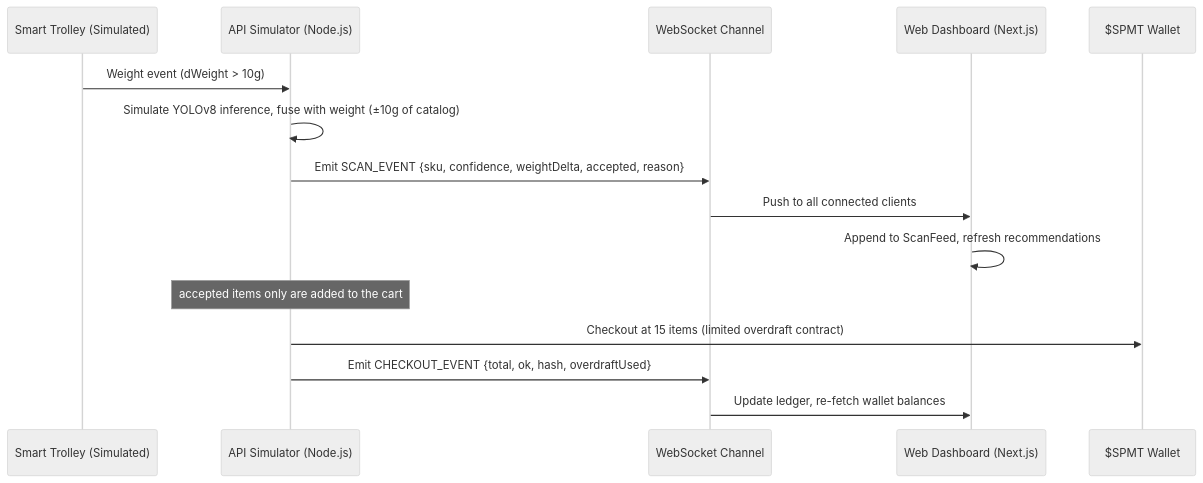
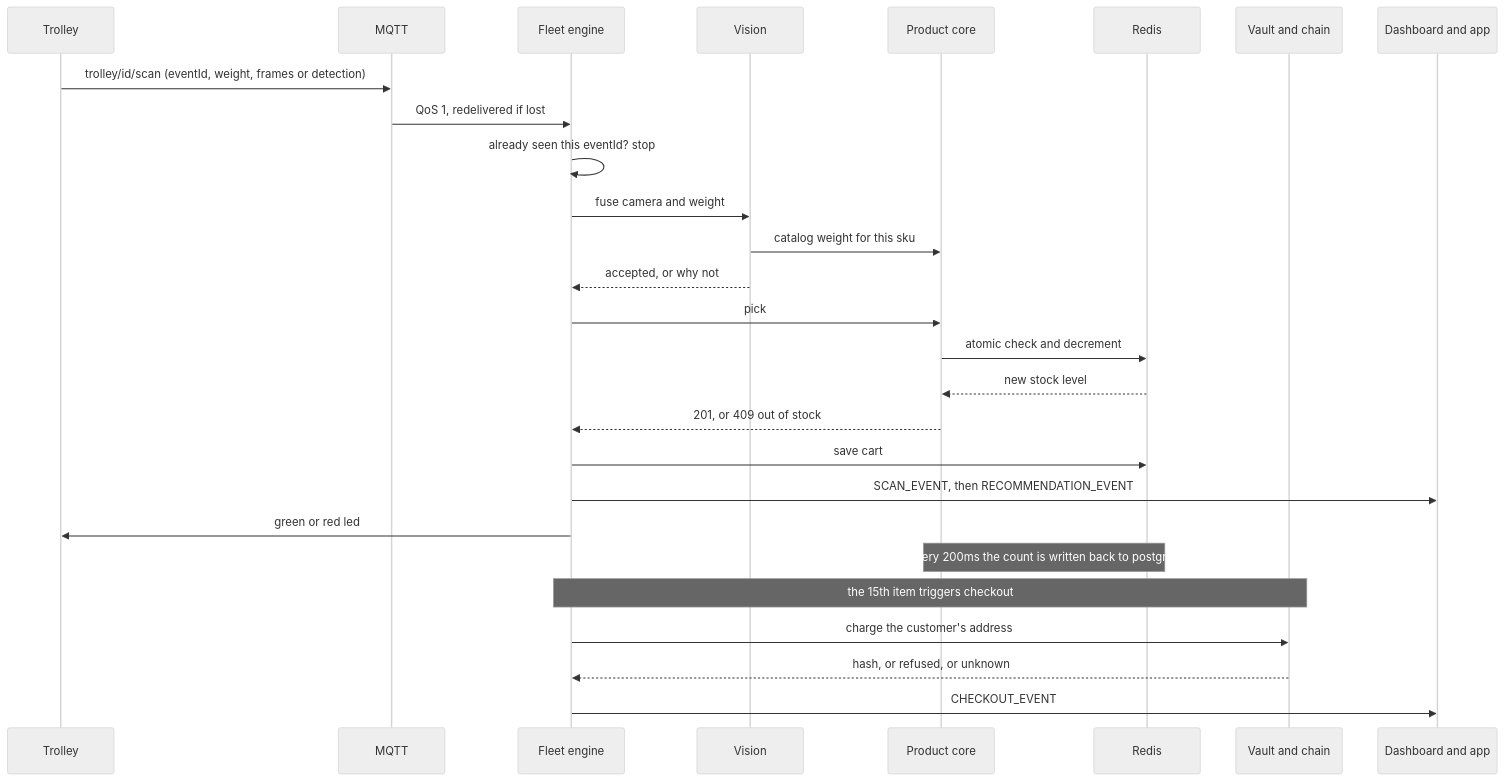
The second of 3 diagrams in docs/architecture.md (arun0786-co/automated-supermarket-ecosystem), drawn with Mermaid (neutral theme) before and after one commit. The commit also changed other lines of this file and 9 other files, not shown here.

````diff
--- a/docs/architecture.md
+++ b/docs/architecture.md
@@ -10,18 +30,30 @@
 ```mermaid
 sequenceDiagram
-    participant Trolley as Smart Trolley (Simulated)
-    participant Backend as API Simulator (Node.js)
-    participant WS as WebSocket Channel
-    participant Dashboard as Web Dashboard (Next.js)
-    participant Wallet as $SPMT Wallet
+    participant T as Trolley
+    participant M as MQTT
+    participant F as Fleet engine
+    participant V as Vision
+    participant P as Product core
+    participant R as Redis
+    participant C as Vault and chain
+    participant D as Dashboard and app
 
-    Trolley->>Backend: Weight event (dWeight > 10g)
-    Backend->>Backend: Simulate YOLOv8 inference, fuse with weight (±10g of catalog)
-    Backend->>WS: Emit SCAN_EVENT {sku, confidence, weightDelta, accepted, reason}
-    WS->>Dashboard: Push to all connected clients
-    Dashboard->>Dashboard: Append to ScanFeed, refresh recommendations
-    Note over Backend: accepted items only are added to the cart
-    Backend->>Wallet: Checkout at 15 items (limited overdraft contract)
-    Backend->>WS: Emit CHECKOUT_EVENT {total, ok, hash, overdraftUsed}
-    WS->>Dashboard: Update ledger, re-fetch wallet balances
+    T->>M: trolley/id/scan (eventId, weight, frames or detection)
+    M->>F: QoS 1, redelivered if lost
+    F->>F: already seen this eventId? stop
+    F->>V: fuse camera and weight
+    V->>P: catalog weight for this sku
+    V-->>F: accepted, or why not
+    F->>P: pick
+    P->>R: atomic check and decrement
+    R-->>P: new stock level
+    P-->>F: 201, or 409 out of stock
+    F->>R: save cart
+    F->>D: SCAN_EVENT, then RECOMMENDATION_EVENT
+    F->>T: green or red led
+    Note over P,R: every 200ms the count is written back to postgres
+    Note over F,C: the 15th item triggers checkout
+    F->>C: charge the customer's address
+    C-->>F: hash, or refused, or unknown
+    F->>D: CHECKOUT_EVENT
 ```
````
